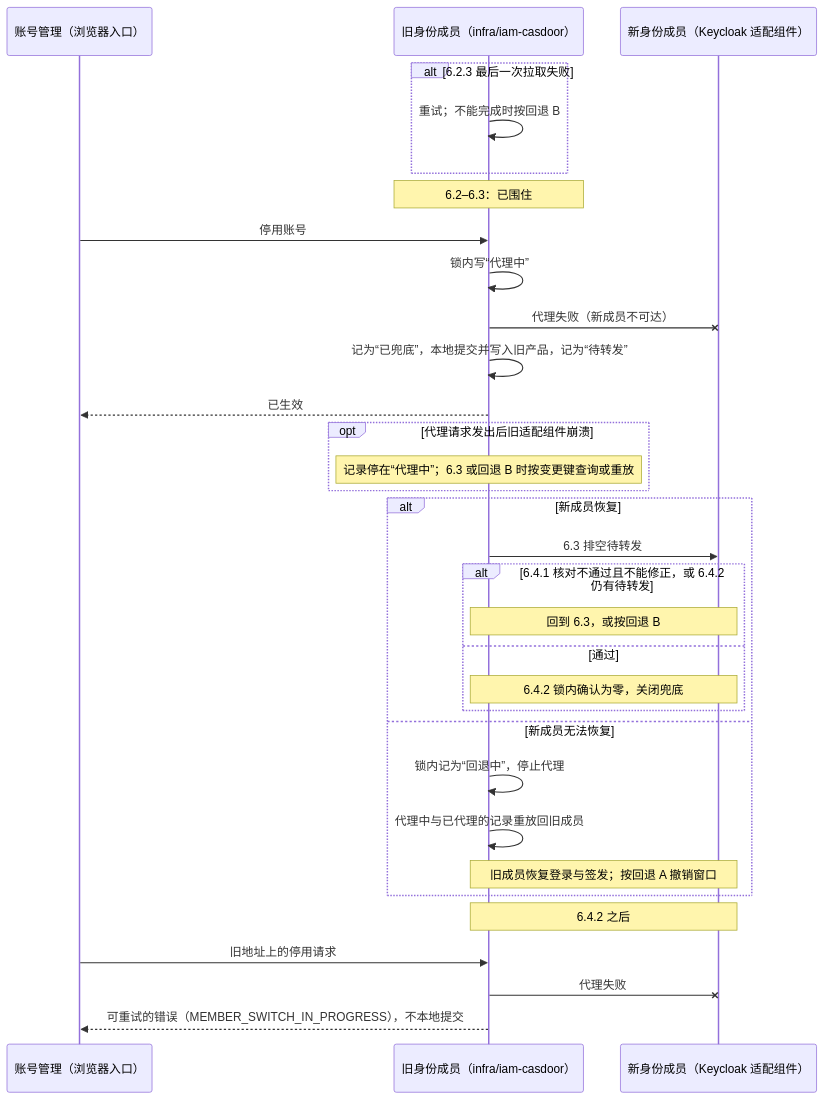
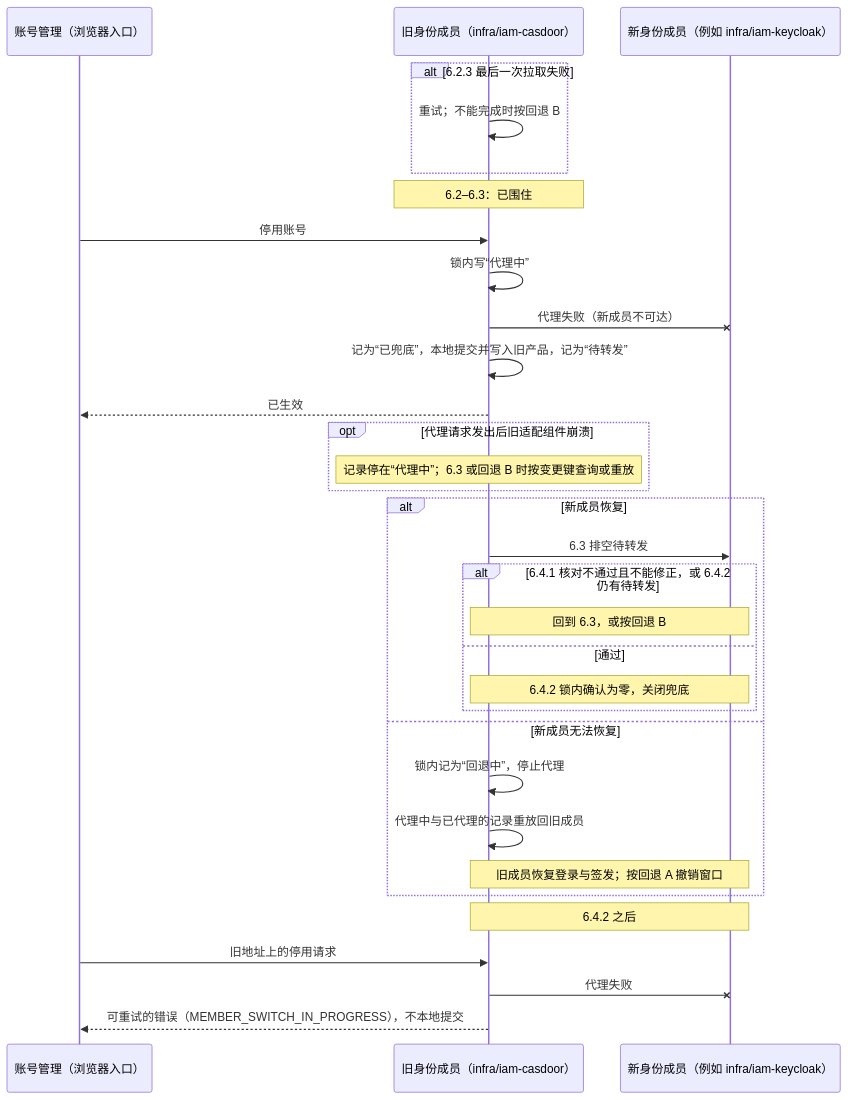
The second of 2 diagrams in tempDocs/final/06-protocols/security/11-identity-member-switching.md (brickKit/be-assembly-standard), drawn with Mermaid before and after one commit. The commit also changed other lines of this file and 13 other files, not shown here.

````diff
--- a/tempDocs/final/06-protocols/security/11-identity-member-switching.md
+++ b/tempDocs/final/06-protocols/security/11-identity-member-switching.md
@@ -210,34 +211,34 @@
 ```mermaid
 sequenceDiagram
     participant Op as 账号管理（浏览器入口）
     participant Old as 旧身份成员（infra/iam-casdoor）
-    participant New as 新身份成员（Keycloak 适配组件）
+    participant New as 新身份成员（例如 infra/iam-keycloak）
     alt 6.2.3 最后一次拉取失败
         Old->>Old: 重试；不能完成时按回退 B
     end
     Note over Old: 6.2–6.3：已围住
     Op->>Old: 停用账号
     Old->>Old: 锁内写“代理中”
     Old-xNew: 代理失败（新成员不可达）
     Old->>Old: 记为“已兜底”，本地提交并写入旧产品，记为“待转发”
     Old-->>Op: 已生效
     opt 代理请求发出后旧适配组件崩溃
         Note over Old: 记录停在“代理中”；6.3 或回退 B 时按变更键查询或重放
     end
     alt 新成员恢复
         Old->>New: 6.3 排空待转发
         alt 6.4.1 核对不通过且不能修正，或 6.4.2 仍有待转发
             Note over Old,New: 回到 6.3，或按回退 B
         else 通过
             Note over Old,New: 6.4.2 锁内确认为零，关闭兜底
         end
     else 新成员无法恢复
         Old->>Old: 锁内记为“回退中”，停止代理
         Old->>Old: 代理中与已代理的记录重放回旧成员
         Note over Old,New: 旧成员恢复登录与签发；按回退 A 撤销窗口
     end
     Note over Old,New: 6.4.2 之后
     Op->>Old: 旧地址上的停用请求
     Old-xNew: 代理失败
     Old-->>Op: 可重试的错误（MEMBER_SWITCH_IN_PROGRESS），不本地提交
 ```
````
